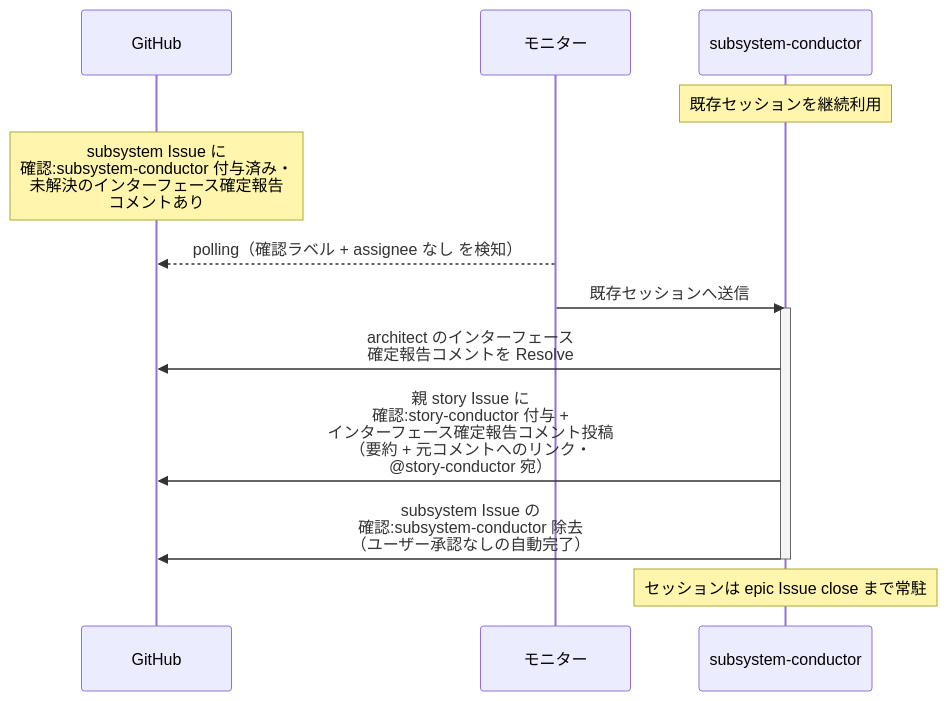
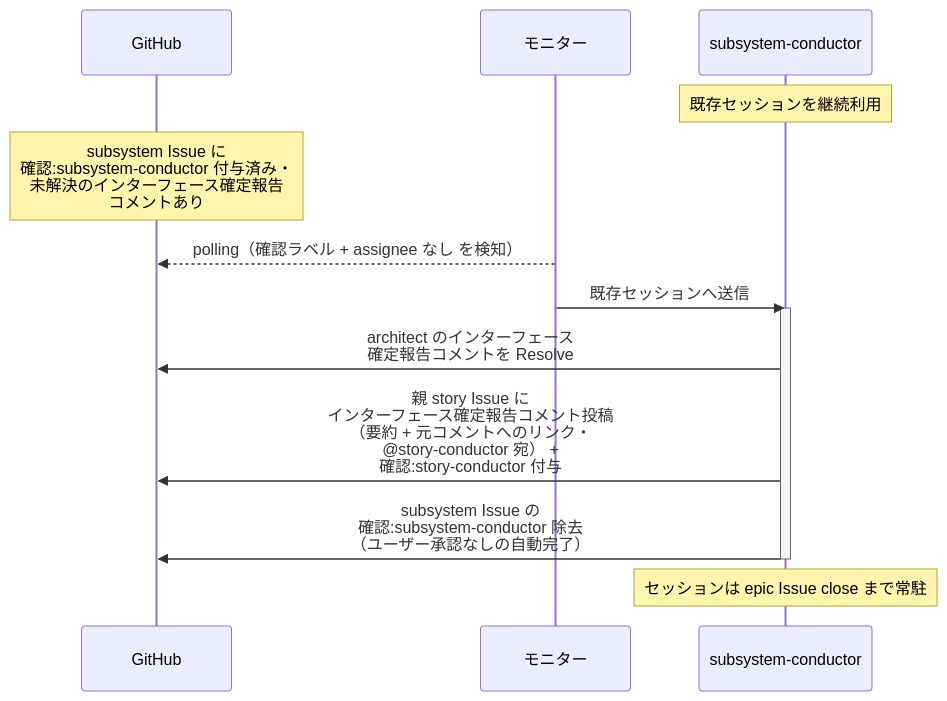
Before and after one commit to shuhei1101/ai-monitor: the diagram in docs/wiki/設計図/シナリオ/単一ユースケース/インターフェース確定の中継.md, drawn with Mermaid. The commit also changed 29 other files, not shown here.

````diff
--- a/docs/wiki/設計図/シナリオ/単一ユースケース/インターフェース確定の中継.md
+++ b/docs/wiki/設計図/シナリオ/単一ユースケース/インターフェース確定の中継.md
@@ -29,17 +29,17 @@
 ```mermaid
 sequenceDiagram
   participant GH as GitHub
   participant ORC as モニター
   participant MON as subsystem-conductor
 
   Note over MON: 既存セッションを継続利用
   Note over GH: subsystem Issue に<br>確認:subsystem-conductor 付与済み・<br>未解決のインターフェース確定報告<br>コメントあり
   ORC-->>GH: polling（確認ラベル + assignee なし を検知）
   ORC->>MON: 既存セッションへ送信
   activate MON
   MON->>GH: architect のインターフェース<br>確定報告コメントを Resolve
-  MON->>GH: 親 story Issue に<br>確認:story-conductor 付与 +<br>インターフェース確定報告コメント投稿<br>（要約 + 元コメントへのリンク・<br>@story-conductor 宛）
+  MON->>GH: 親 story Issue に<br>インターフェース確定報告コメント投稿<br>（要約 + 元コメントへのリンク・<br>@story-conductor 宛） +<br>確認:story-conductor 付与
   MON->>GH: subsystem Issue の<br>確認:subsystem-conductor 除去<br>（ユーザー承認なしの自動完了）
   deactivate MON
   Note over MON: セッションは epic Issue close まで常駐
 ```
````
